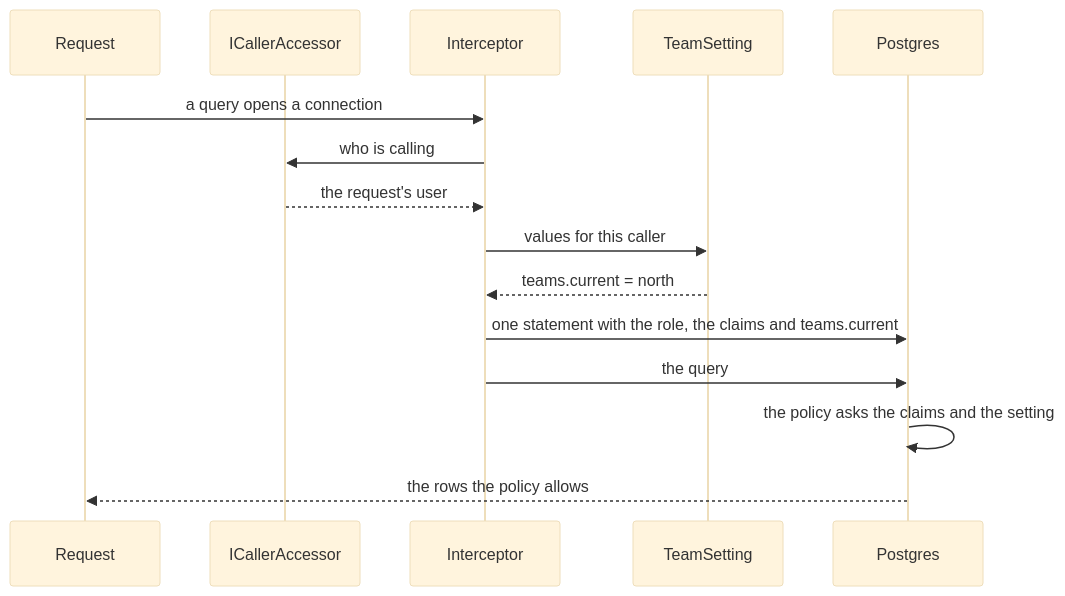
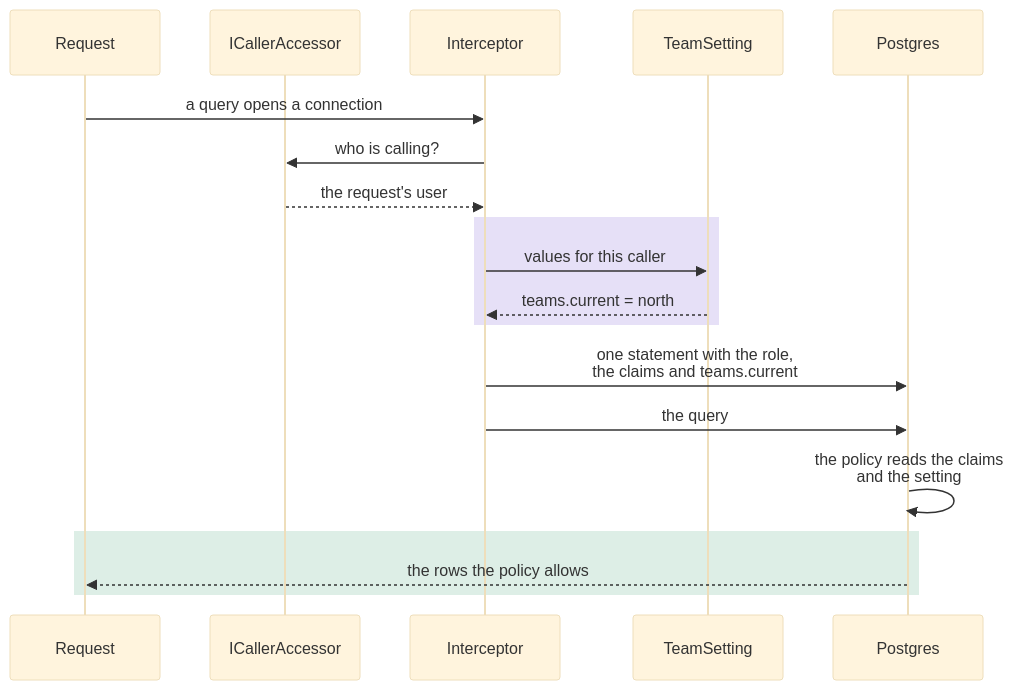
The third of 14 diagrams in docs/row-level-security.md (DylanSnel/DDDToolkit), drawn with Mermaid (base theme) before and after one commit. The commit also changed other lines of this file and 41 other files, not shown here.

First line of the commit message:
Docs: plain prose, one word per concept, and readable diagrams on every page

````diff
--- a/docs/row-level-security.md
+++ b/docs/row-level-security.md
@@ -500,17 +561,21 @@
 ```mermaid
 sequenceDiagram
     participant Request
     participant Accessor as ICallerAccessor
     participant Interceptor
     participant Settings as TeamSetting
     participant Postgres
     Request->>Interceptor: a query opens a connection
-    Interceptor->>Accessor: who is calling
+    Interceptor->>Accessor: who is calling?
     Accessor-->>Interceptor: the request's user
+    rect rgba(91, 46, 201, 0.15)
     Interceptor->>Settings: values for this caller
     Settings-->>Interceptor: teams.current = north
-    Interceptor->>Postgres: one statement with the role, the claims and teams.current
+    end
+    Interceptor->>Postgres: one statement with the role,<br/>the claims and teams.current
     Interceptor->>Postgres: the query
-    Postgres->>Postgres: the policy asks the claims and the setting
+    Postgres->>Postgres: the policy reads the claims<br/>and the setting
+    rect rgba(31, 138, 91, 0.15)
     Postgres-->>Request: the rows the policy allows
+    end
 ```
````
